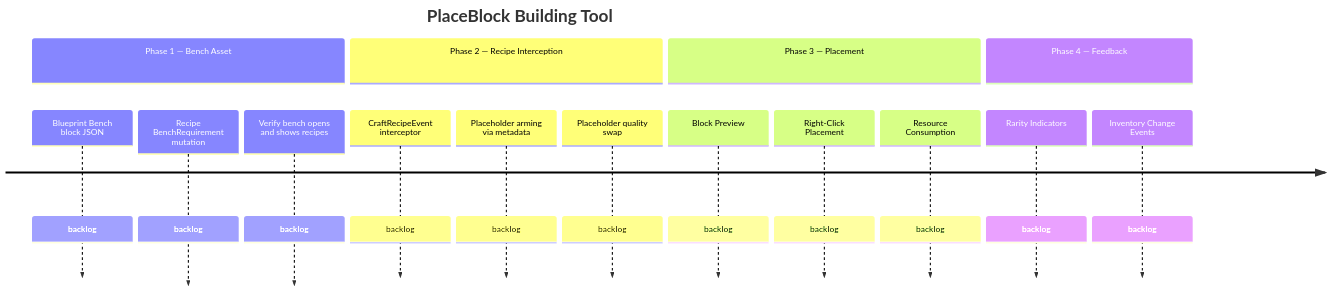
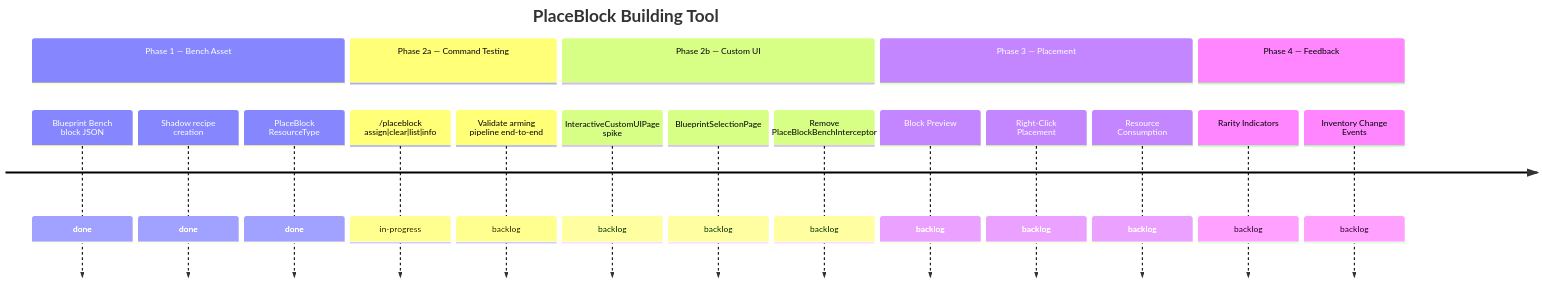
The diagram in docs/backlog/E2604221030_PlaceBlock-Building-Tool/E2604221030_PlaceBlock-Building-Tool.md (TheCodeCreature/Hytale-Example-Plugin), drawn with Mermaid before and after one commit. The commit also changed 30 other files, not shown here.

First line of the commit message:
Implement PlaceBlock command system with subcommands for managing Block_Placeholder items

````diff
--- a/docs/backlog/E2604221030_PlaceBlock-Building-Tool/E2604221030_PlaceBlock-Building-Tool.md
+++ b/docs/backlog/E2604221030_PlaceBlock-Building-Tool/E2604221030_PlaceBlock-Building-Tool.md
@@ -63,19 +63,22 @@
 ```mermaid
 timeline
     title PlaceBlock Building Tool
     section Phase 1 — Bench Asset
-        Blueprint Bench block JSON : backlog
-        Recipe BenchRequirement mutation : backlog
-        Verify bench opens and shows recipes : backlog
-    section Phase 2 — Recipe Interception
-        CraftRecipeEvent interceptor : backlog
-        Placeholder arming via metadata : backlog
-        Placeholder quality swap : backlog
+        Blueprint Bench block JSON : done
+        Shadow recipe creation : done
+        PlaceBlock ResourceType : done
+    section Phase 2a — Command Testing
+        /placeblock assign|clear|list|info : in-progress
+        Validate arming pipeline end-to-end : backlog
+    section Phase 2b — Custom UI
+        InteractiveCustomUIPage spike : backlog
+        BlueprintSelectionPage : backlog
+        Remove PlaceBlockBenchInterceptor : backlog
     section Phase 3 — Placement
         Block Preview : backlog
         Right-Click Placement : backlog
         Resource Consumption : backlog
     section Phase 4 — Feedback
         Rarity Indicators : backlog
         Inventory Change Events : backlog
 ```
````
